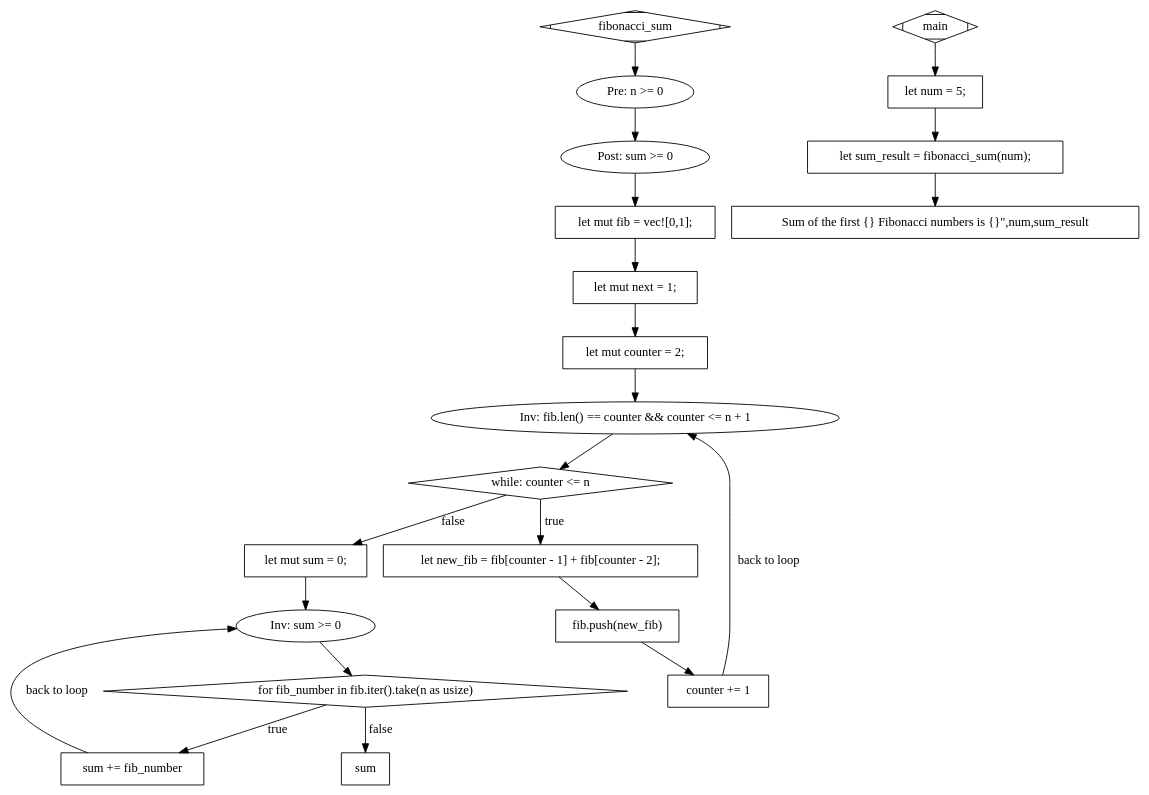
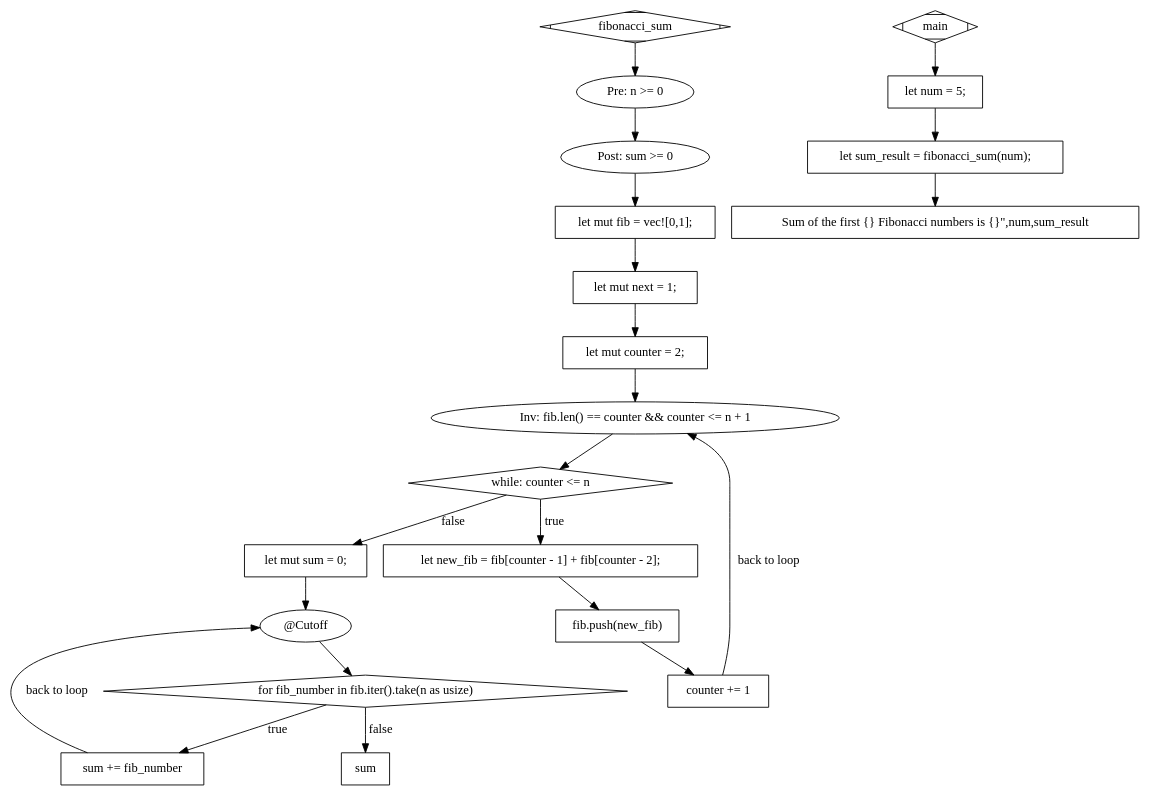
The diagram in src/graphs/for.dot (vasilevlaicu/secured-rust), drawn with Graphviz before and after one commit. The commit also changed 2 other files, not shown here.

Commit message:
Add cutoff point if no invariant for loop

```diff
--- a/src/graphs/for.dot
+++ b/src/graphs/for.dot
@@ -1,42 +1,42 @@
 digraph G {
 0 [label="fibonacci_sum", shape=Mdiamond]
 1 [label="Pre: n >= 0", shape=ellipse]
 2 [label="Post: sum >= 0", shape=ellipse]
 3 [label="let mut fib = vec![0,1];", shape=box]
 4 [label="let mut next = 1;", shape=box]
 5 [label="let mut counter = 2;", shape=box]
 6 [label="Inv: fib.len() == counter && counter <= n + 1", shape=ellipse]
 7 [label="while: counter <= n", shape=diamond]
 8 [label="let new_fib = fib[counter - 1] + fib[counter - 2];", shape=box]
 9 [label="fib.push(new_fib)", shape=box]
 10 [label="counter += 1", shape=box]
 11 [label="let sum_result = fibonacci_sum(num);", shape=box]
 12 [label="let mut sum = 0;", shape=box]
-13 [label="Inv: sum >= 0", shape=ellipse]
+13 [label="@Cutoff ", shape=ellipse]
 14 [label="for fib_number in fib.iter().take(n as usize)", shape=diamond]
 15 [label="sum += fib_number", shape=box]
 16 [label="Sum of the first {} Fibonacci numbers is {}\",num,sum_result", shape=box]
 17 [label="sum", shape=box]
 18 [label="main", shape=Mdiamond]
 19 [label="let num = 5;", shape=box]
 0 -> 1 [label=""];
 1 -> 2 [label=""];
 2 -> 3 [label=""];
 3 -> 4 [label=""];
 4 -> 5 [label=""];
 5 -> 6 [label=""];
 6 -> 7 [label=""];
 7 -> 8 [label="true"];
 8 -> 9 [label=""];
 9 -> 10 [label=""];
 10 -> 6 [label="back to loop"];
 19 -> 11 [label=""];
 7 -> 12 [label="false"];
 12 -> 13 [label=""];
 13 -> 14 [label=""];
 14 -> 15 [label="true"];
 15 -> 13 [label="back to loop"];
 11 -> 16 [label=""];
 14 -> 17 [label="false"];
 18 -> 19 [label=""];
 }
```
